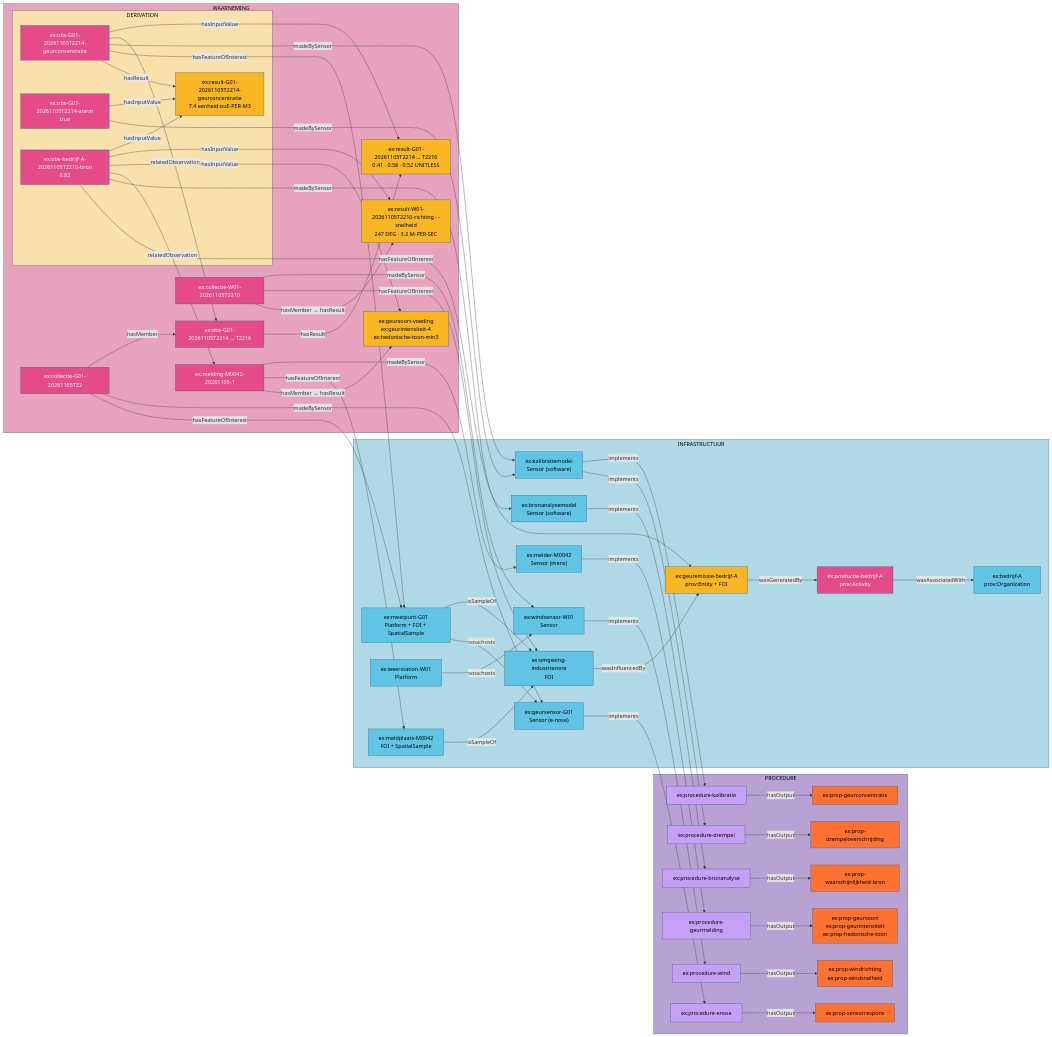
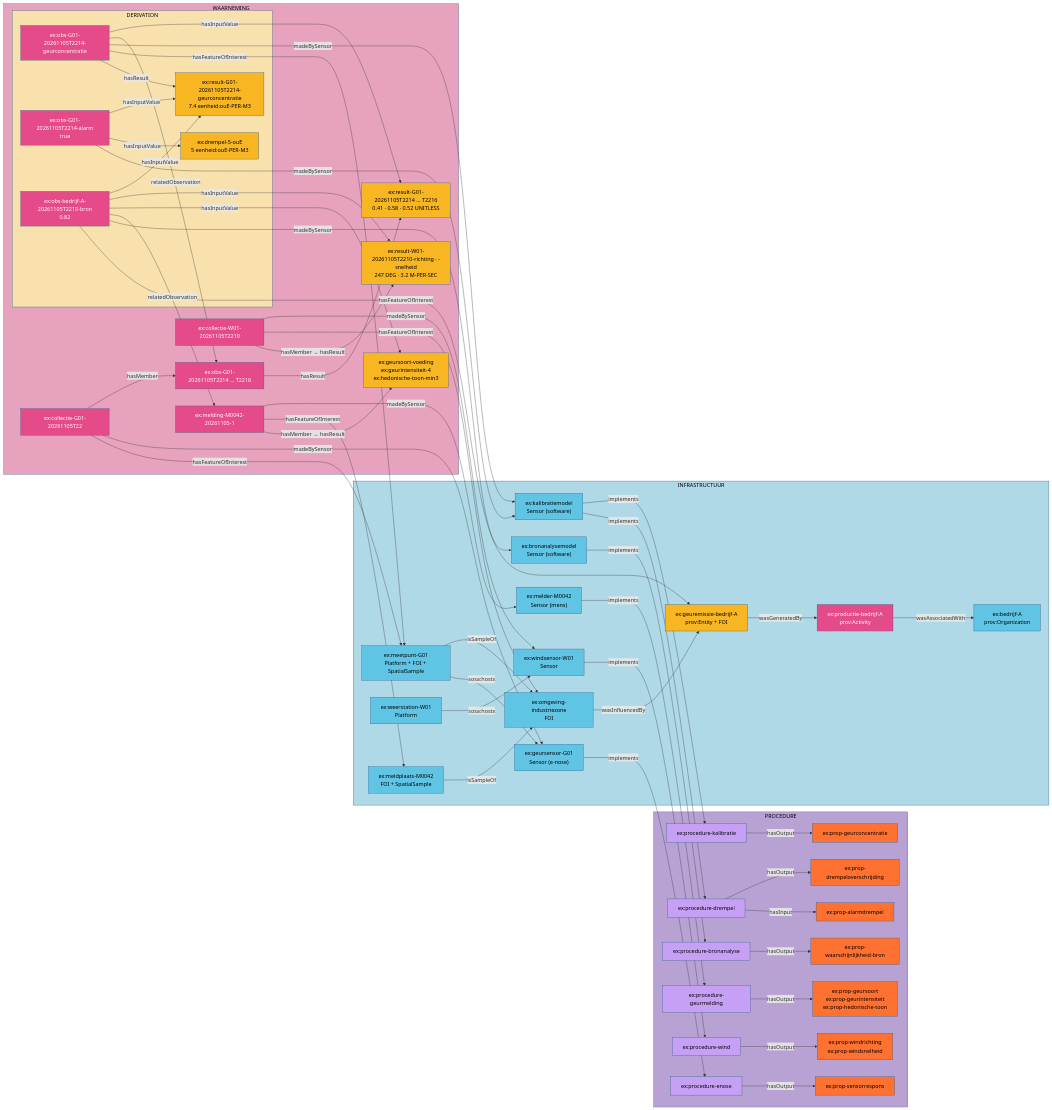
Before and after one commit to Informatievlaanderen/OSLOthema-SSNSOSA-VL: the diagram in src/main/input/E-detect/e-detect.mmd, drawn with Mermaid. The commit also changed 5 other files, not shown here.

```diff
--- a/src/main/input/E-detect/e-detect.mmd
+++ b/src/main/input/E-detect/e-detect.mmd
@@ -1,132 +1,138 @@
 flowchart LR
     subgraph PROC["PROCEDURE"]
         procEnose["ex:procedure-enose"]
         procWind["ex:procedure-wind"]
         procMelding["ex:procedure-geurmelding"]
         procKal["ex:procedure-kalibratie"]
         procDrempel["ex:procedure-drempel"]
         procBron["ex:procedure-bronanalyse"]
         propResp["ex:prop-sensorrespons"]
         propWind["ex:prop-windrichting<br/>ex:prop-windsnelheid"]
         propMelding["ex:prop-geursoort<br/>ex:prop-geurintensiteit<br/>ex:prop-hedonische-toon"]
         propConc["ex:prop-geurconcentratie"]
         propAlarm["ex:prop-drempeloverschrijding"]
+        propDrempel["ex:prop-alarmdrempel"]
         propBron["ex:prop-waarschijnlijkheid-bron"]
     end
 
     subgraph INFRA["INFRASTRUCTUUR"]
         bedrijf["ex:bedrijf-A<br/>prov:Organization"]
         productie["ex:productie-bedrijf-A<br/>prov:Activity"]
         emissie["ex:geuremissie-bedrijf-A<br/>prov:Entity + FOI"]
         omgeving["ex:omgeving-industriezone<br/>FOI"]
         meetpunt["ex:meetpunt-G01<br/>Platform + FOI + SpatialSample"]
         geursensor["ex:geursensor-G01<br/>Sensor (e-nose)"]
         weerstation["ex:weerstation-W01<br/>Platform"]
         windsensor["ex:windsensor-W01<br/>Sensor"]
         meldplaats["ex:meldplaats-M0042<br/>FOI + SpatialSample"]
         melder["ex:melder-M0042<br/>Sensor (mens)"]
         kalibratie["ex:kalibratiemodel<br/>Sensor (software)"]
         bronmodel["ex:bronanalysemodel<br/>Sensor (software)"]
     end
 
     subgraph WAAR["WAARNEMING"]
         colG01["ex:collectie-G01-20261105T22"]
         obsG01["ex:obs-G01-20261105T2214 … T2216"]
         resG01["ex:result-G01-20261105T2214 … T2216<br/>0.41 · 0.58 · 0.52 UNITLESS"]
         colW01["ex:collectie-W01-20261105T2210"]
         resWind["ex:result-W01-20261105T2210-richting · -snelheid<br/>247 DEG · 3.2 M-PER-SEC"]
         melding["ex:melding-M0042-20261105-1"]
         resMelding["ex:geursoort-voeding<br/>ex:geurintensiteit-4<br/>ex:hedonische-toon-min3"]
         subgraph DERIVATION["DERIVATION"]
             obsConc["ex:obs-G01-20261105T2214-geurconcentratie"]
             resConc["ex:result-G01-20261105T2214-geurconcentratie<br/>7.4 eenheid:ouE-PER-M3"]
             obsAlarm["ex:obs-G01-20261105T2214-alarm<br/>true"]
+            drempel["ex:drempel-5-ouE<br/>5 eenheid:ouE-PER-M3"]
             obsBron["ex:obs-bedrijf-A-20261105T2210-bron<br/>0.82"]
         end
     end
 
     productie -->|wasAssociatedWith| bedrijf
     emissie -->|wasGeneratedBy| productie
     omgeving -->|wasInfluencedBy| emissie
     meetpunt -->|isSampleOf| omgeving
     meldplaats -->|isSampleOf| omgeving
     meetpunt -->|sosa:hosts| geursensor
     weerstation -->|sosa:hosts| windsensor
 
     geursensor -->|implements| procEnose
     windsensor -->|implements| procWind
     melder -->|implements| procMelding
     kalibratie -->|implements| procKal
     kalibratie -->|implements| procDrempel
     bronmodel -->|implements| procBron
     procEnose -->|hasOutput| propResp
     procWind -->|hasOutput| propWind
     procMelding -->|hasOutput| propMelding
     procKal -->|hasOutput| propConc
     procDrempel -->|hasOutput| propAlarm
+    procDrempel -->|hasInput| propDrempel
     procBron -->|hasOutput| propBron
 
     colG01 -->|hasMember| obsG01
     colG01 -->|madeBySensor| geursensor
     colG01 -->|hasFeatureOfInterest| meetpunt
     obsG01 -->|hasResult| resG01
     colW01 -->|madeBySensor| windsensor
     colW01 -->|hasFeatureOfInterest| omgeving
     colW01 -->|"hasMember → hasResult"| resWind
     melding -->|madeBySensor| melder
     melding -->|hasFeatureOfInterest| meldplaats
     melding -->|"hasMember → hasResult"| resMelding
 
     obsConc -->|hasInputValue| resG01
     obsConc -->|relatedObservation| obsG01
     obsConc -->|madeBySensor| kalibratie
     obsConc -->|hasFeatureOfInterest| meetpunt
     obsConc -->|hasResult| resConc
     obsAlarm -->|hasInputValue| resConc
+    obsAlarm -->|hasInputValue| drempel
     obsAlarm -->|madeBySensor| kalibratie
     obsBron -->|hasInputValue| resConc
     obsBron -->|hasInputValue| resWind
     obsBron -->|hasInputValue| resMelding
     obsBron -->|relatedObservation| melding
     obsBron -->|madeBySensor| bronmodel
     obsBron -->|hasFeatureOfInterest| emissie
 
     style PROC fill:#b8a2d4,stroke:#2E5C8A,color:#000
     style INFRA fill:#b0d9e7,stroke:#2E5C8A,color:#000
     style WAAR fill:#e7a3be,stroke:#2E5C8A,color:#000
     style DERIVATION fill:#f8e1ad,stroke:#2E5C8A,color:#000
     style procEnose fill:#c6a0f5,stroke:#2E5C8A,color:#000
     style procWind fill:#c6a0f5,stroke:#2E5C8A,color:#000
     style procMelding fill:#c6a0f5,stroke:#2E5C8A,color:#000
     style procKal fill:#c6a0f5,stroke:#2E5C8A,color:#000
     style procDrempel fill:#c6a0f5,stroke:#2E5C8A,color:#000
     style procBron fill:#c6a0f5,stroke:#2E5C8A,color:#000
     style propResp fill:#fe7130,stroke:#2E5C8A,color:#000
     style propWind fill:#fe7130,stroke:#2E5C8A,color:#000
     style propMelding fill:#fe7130,stroke:#2E5C8A,color:#000
     style propConc fill:#fe7130,stroke:#2E5C8A,color:#000
     style propAlarm fill:#fe7130,stroke:#2E5C8A,color:#000
     style propBron fill:#fe7130,stroke:#2E5C8A,color:#000
+    style propDrempel fill:#fe7130,stroke:#2E5C8A,color:#000
     style bedrijf fill:#60c4e4,stroke:#2E5C8A,color:#000
     style productie fill:#e54b89,stroke:#2E5C8A,color:#fff
     style emissie fill:#f8b622,stroke:#2E5C8A,color:#000
     style omgeving fill:#60c4e4,stroke:#2E5C8A,color:#000
     style meetpunt fill:#60c4e4,stroke:#2E5C8A,color:#000
     style geursensor fill:#60c4e4,stroke:#2E5C8A,color:#000
     style weerstation fill:#60c4e4,stroke:#2E5C8A,color:#000
     style windsensor fill:#60c4e4,stroke:#2E5C8A,color:#000
     style meldplaats fill:#60c4e4,stroke:#2E5C8A,color:#000
     style melder fill:#60c4e4,stroke:#2E5C8A,color:#000
     style kalibratie fill:#60c4e4,stroke:#2E5C8A,color:#000
     style bronmodel fill:#60c4e4,stroke:#2E5C8A,color:#000
     style colG01 fill:#e54b89,stroke:#2E5C8A,color:#fff
     style obsG01 fill:#e54b89,stroke:#2E5C8A,color:#fff
     style resG01 fill:#f8b622,stroke:#2E5C8A,color:#000
     style colW01 fill:#e54b89,stroke:#2E5C8A,color:#fff
     style resWind fill:#f8b622,stroke:#2E5C8A,color:#000
     style melding fill:#e54b89,stroke:#2E5C8A,color:#fff
     style resMelding fill:#f8b622,stroke:#2E5C8A,color:#000
     style obsConc fill:#e54b89,stroke:#2E5C8A,color:#fff
     style resConc fill:#f8b622,stroke:#2E5C8A,color:#000
     style obsAlarm fill:#e54b89,stroke:#2E5C8A,color:#fff
     style obsBron fill:#e54b89,stroke:#2E5C8A,color:#fff
+    style drempel fill:#f8b622,stroke:#2E5C8A,color:#000
```
